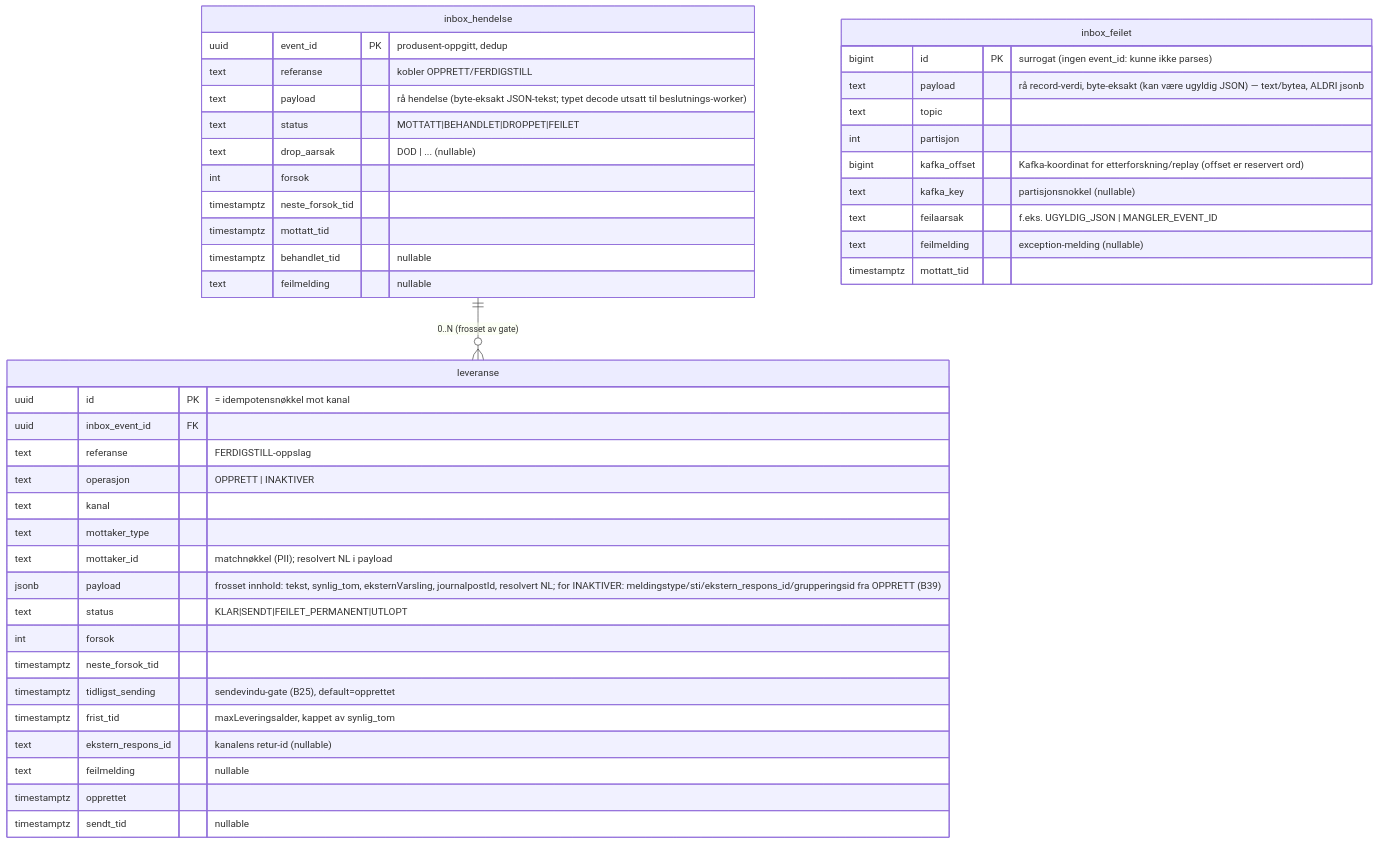
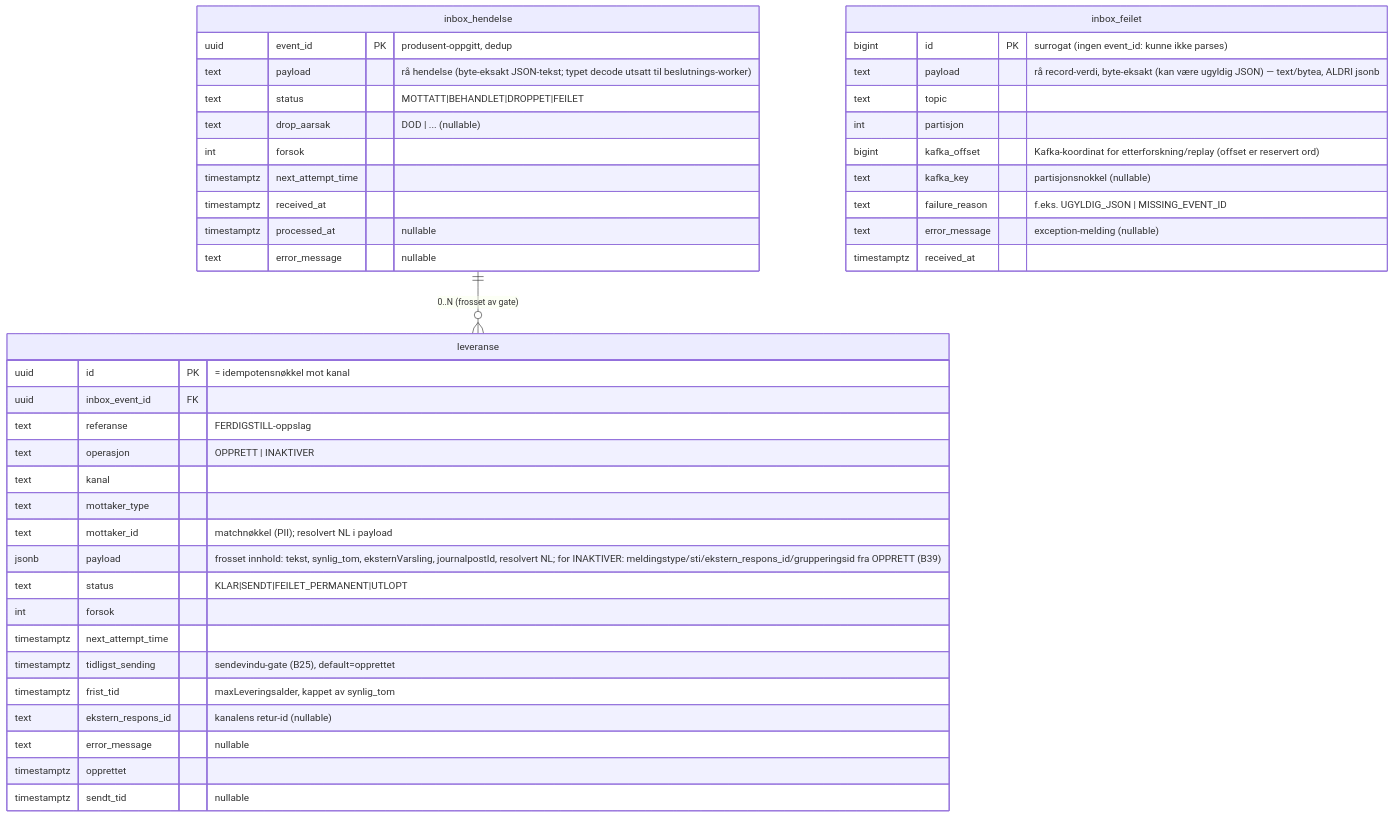
The diagram in docs/DATAMODELL.md (navikt/syfo-budstikka), drawn with Mermaid before and after one commit. The commit also changed other lines of this file and 24 other files, not shown here.

````diff
--- a/docs/DATAMODELL.md
+++ b/docs/DATAMODELL.md
@@ -8,49 +8,48 @@
 ```mermaid
 erDiagram
     inbox_hendelse ||--o{ leveranse : "0..N (frosset av gate)"
 
     inbox_hendelse {
         uuid        event_id PK "produsent-oppgitt, dedup"
-        text        referanse "kobler OPPRETT/FERDIGSTILL"
         text        payload "rå hendelse (byte-eksakt JSON-tekst; typet decode utsatt til beslutnings-worker)"
         text        status "MOTTATT|BEHANDLET|DROPPET|FEILET"
         text        drop_aarsak "DOD | ... (nullable)"
         int         forsok
-        timestamptz neste_forsok_tid
-        timestamptz mottatt_tid
-        timestamptz behandlet_tid "nullable"
-        text        feilmelding "nullable"
+        timestamptz next_attempt_time
+        timestamptz received_at
+        timestamptz processed_at "nullable"
+        text        error_message "nullable"
     }
 
     leveranse {
         uuid        id PK "= idempotensnøkkel mot kanal"
         uuid        inbox_event_id FK
         text        referanse "FERDIGSTILL-oppslag"
         text        operasjon "OPPRETT | INAKTIVER"
         text        kanal
         text        mottaker_type
         text        mottaker_id "matchnøkkel (PII); resolvert NL i payload"
         jsonb       payload "frosset innhold: tekst, synlig_tom, eksternVarsling, journalpostId, resolvert NL; for INAKTIVER: meldingstype/sti/ekstern_respons_id/grupperingsid fra OPPRETT (B39)"
         text        status "KLAR|SENDT|FEILET_PERMANENT|UTLOPT"
         int         forsok
-        timestamptz neste_forsok_tid
+        timestamptz next_attempt_time
         timestamptz tidligst_sending "sendevindu-gate (B25), default=opprettet"
         timestamptz frist_tid "maxLeveringsalder, kappet av synlig_tom"
         text        ekstern_respons_id "kanalens retur-id (nullable)"
-        text        feilmelding "nullable"
+        text        error_message "nullable"
         timestamptz opprettet
         timestamptz sendt_tid "nullable"
     }
 
     inbox_feilet {
         bigint      id PK "surrogat (ingen event_id: kunne ikke parses)"
         text        payload "rå record-verdi, byte-eksakt (kan være ugyldig JSON) — text/bytea, ALDRI jsonb"
         text        topic
         int         partisjon
         bigint      kafka_offset "Kafka-koordinat for etterforskning/replay (offset er reservert ord)"
         text        kafka_key "partisjonsnokkel (nullable)"
-        text        feilaarsak "f.eks. UGYLDIG_JSON | MANGLER_EVENT_ID"
-        text        feilmelding "exception-melding (nullable)"
-        timestamptz mottatt_tid
+        text        failure_reason "f.eks. UGYLDIG_JSON | MISSING_EVENT_ID"
+        text        error_message "exception-melding (nullable)"
+        timestamptz received_at
     }
 ```
````
